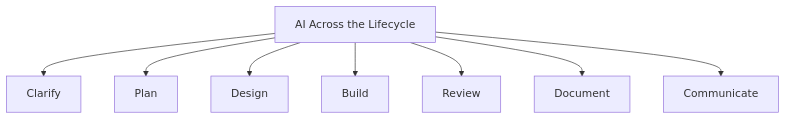
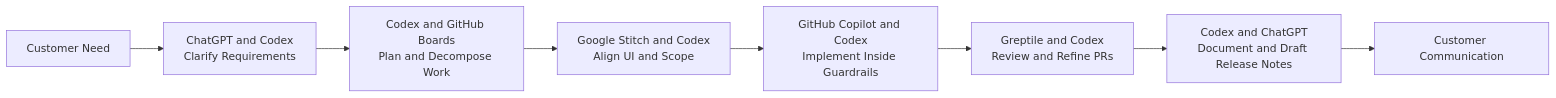
One commit to refat-asadullah-creolytix-dev/refat-asadullah-creolytix-dev changed the fifth of 13 diagrams in creolytix-ai-delivery-model-github-safe.md. Above: the diagram before and after it, drawn with Mermaid. The commit also changed other lines of this file, not shown here.

````diff
--- a/creolytix-ai-delivery-model-github-safe.md
+++ b/creolytix-ai-delivery-model-github-safe.md
@@ -173,11 +175,10 @@
 ```mermaid
-flowchart TB
-    A[AI Across the Lifecycle]
-    A --> B[Clarify]
-    A --> C[Plan]
-    A --> D[Design]
-    A --> E[Build]
-    A --> F[Review]
-    A --> G[Document]
-    A --> H[Communicate]
+flowchart LR
+    A[Customer Need] --> B[ChatGPT and Codex<br/>Clarify Requirements]
+    B --> C[Codex and GitHub Boards<br/>Plan and Decompose Work]
+    C --> D[Google Stitch and Codex<br/>Align UI and Scope]
+    D --> E[GitHub Copilot and Codex<br/>Implement Inside Guardrails]
+    E --> F[Greptile and Codex<br/>Review and Refine PRs]
+    F --> G[Codex and ChatGPT<br/>Document and Draft Release Notes]
+    G --> H[Customer Communication]
 ```
````
